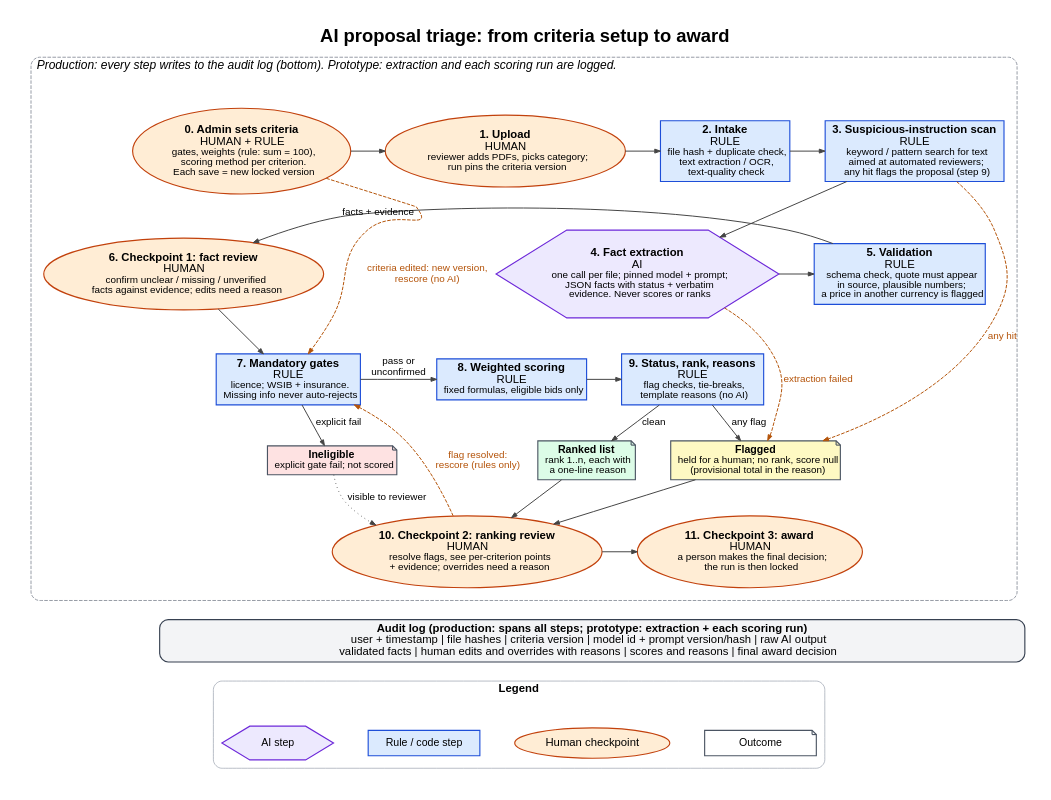
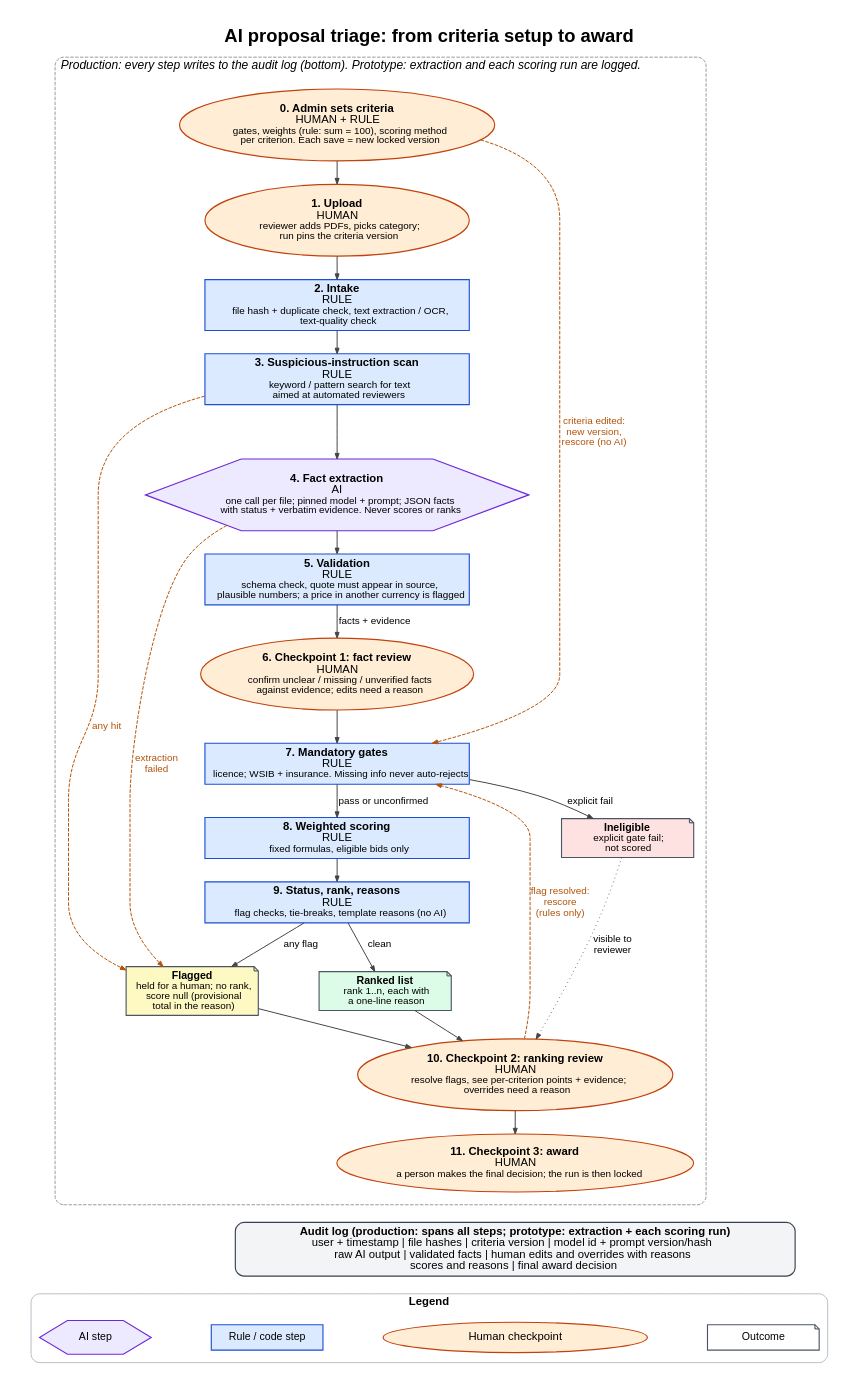
The diagram in prototype/flow.dot (mrehanmajeed/matacs-th-2026-02), drawn with Graphviz before and after one commit. The commit also changed 1 other file, not shown here.

Commit message:
docs: diagram reads top to bottom with labelled routes

```diff
--- a/prototype/flow.dot
+++ b/prototype/flow.dot
@@ -1,86 +1,82 @@
 // Source for diagram/process-flow.png
 // Render: dot -Tpng -Gdpi=110 prototype/flow.dot -o diagram/process-flow.png
 digraph triage {
-  graph [rankdir=TB, fontname="Arial", fontsize=26, nodesep=0.35, ranksep=0.5, pad=0.4, newrank=true,
+  graph [rankdir=TB, fontname="Arial", fontsize=26, nodesep=0.6, ranksep=0.45, pad=0.4, newrank=true,
          label=<<b>AI proposal triage: from criteria setup to award</b>>, labelloc=t];
-  node  [fontname="Arial", fontsize=16, margin="0.14,0.08", penwidth=1.6, style=filled];
+  node  [fontname="Arial", fontsize=16, margin="0.14,0.08", penwidth=1.6, style=filled, width=5.2];
   edge  [fontname="Arial", fontsize=14, penwidth=1.4, color="#444444", arrowsize=0.8];
 
   // Step types: RULE = blue box, AI = purple hexagon, HUMAN = orange oval, outcome = grey note
-  node [shape=box, fillcolor="#DBEAFE", color="#1D4ED8"];
+  node [shape=box, fillcolor="#DBEAFE", color="#1D4ED8", group=main];
 
   subgraph cluster_flow {
-    label=<<i>Production: every step writes to the audit log (bottom). Prototype: extraction and each scoring run are logged.</i>>; labeljust=l; fontsize=17;
-    style="rounded,dashed"; color="#6B7280"; margin=18;
+    label=<<i>Production: every step writes to the audit log (bottom). Prototype: extraction and each scoring run are logged.</i>>;
+    labeljust=l; fontsize=17; style="rounded,dashed"; color="#6B7280"; margin=18;
 
     admin  [shape=ellipse, fillcolor="#FFEDD5", color="#C2410C",
-            label=<<b>0. Admin sets criteria</b><br/>HUMAN + RULE<br/><font point-size="14">gates, weights (rule: sum = 100),<br/>scoring method per criterion.<br/>Each save = new locked version</font>>];
+            label=<<b>0. Admin sets criteria</b><br/>HUMAN + RULE<br/><font point-size="14">gates, weights (rule: sum = 100), scoring method<br/>per criterion. Each save = new locked version</font>>];
     upload [shape=ellipse, fillcolor="#FFEDD5", color="#C2410C",
             label=<<b>1. Upload</b><br/>HUMAN<br/><font point-size="14">reviewer adds PDFs, picks category;<br/>run pins the criteria version</font>>];
-    intake [label=<<b>2. Intake</b><br/>RULE<br/><font point-size="14">file hash + duplicate check,<br/>text extraction / OCR,<br/>text-quality check</font>>];
-    scan   [label=<<b>3. Suspicious-instruction scan</b><br/>RULE<br/><font point-size="14">keyword / pattern search for text<br/>aimed at automated reviewers;<br/>any hit flags the proposal (step 9)</font>>];
-    extract [shape=hexagon, fillcolor="#EDE9FE", color="#6D28D9",
-            margin="0.02,0.02", label=<<b>4. Fact extraction</b><br/>AI<br/><font point-size="14">one call per file; pinned model + prompt;<br/>JSON facts with status + verbatim<br/>evidence. Never scores or ranks</font>>];
-    validate [label=<<b>5. Validation</b><br/>RULE<br/><font point-size="14">schema check, quote must appear<br/>in source, plausible numbers;<br/>a price in another currency is flagged</font>>];
+    intake [label=<<b>2. Intake</b><br/>RULE<br/><font point-size="14">file hash + duplicate check, text extraction / OCR,<br/>text-quality check</font>>];
+    scan   [label=<<b>3. Suspicious-instruction scan</b><br/>RULE<br/><font point-size="14">keyword / pattern search for text<br/>aimed at automated reviewers</font>>];
+    extract [shape=hexagon, fillcolor="#EDE9FE", color="#6D28D9", margin="0.02,0.02",
+            label=<<b>4. Fact extraction</b><br/>AI<br/><font point-size="14">one call per file; pinned model + prompt; JSON facts<br/>with status + verbatim evidence. Never scores or ranks</font>>];
+    validate [label=<<b>5. Validation</b><br/>RULE<br/><font point-size="14">schema check, quote must appear in source,<br/>plausible numbers; a price in another currency is flagged</font>>];
     cp1    [shape=ellipse, fillcolor="#FFEDD5", color="#C2410C",
-            label=<<b>6. Checkpoint 1: fact review</b><br/>HUMAN<br/><font point-size="14">confirm unclear / missing / unverified<br/>facts against evidence; edits need a reason</font>>];
-    gates  [label=<<b>7. Mandatory gates</b><br/>RULE<br/><font point-size="14">licence; WSIB + insurance.<br/>Missing info never auto-rejects</font>>];
+            label=<<b>6. Checkpoint 1: fact review</b><br/>HUMAN<br/><font point-size="14">confirm unclear / missing / unverified facts<br/>against evidence; edits need a reason</font>>];
+    gates  [label=<<b>7. Mandatory gates</b><br/>RULE<br/><font point-size="14">licence; WSIB + insurance. Missing info never auto-rejects</font>>];
     score  [label=<<b>8. Weighted scoring</b><br/>RULE<br/><font point-size="14">fixed formulas, eligible bids only</font>>];
-    status [label=<<b>9. Status, rank, reasons</b><br/>RULE<br/><font point-size="14">flag checks, tie-breaks,<br/>template reasons (no AI)</font>>];
+    status [label=<<b>9. Status, rank, reasons</b><br/>RULE<br/><font point-size="14">flag checks, tie-breaks, template reasons (no AI)</font>>];
     cp2    [shape=ellipse, fillcolor="#FFEDD5", color="#C2410C",
-            label=<<b>10. Checkpoint 2: ranking review</b><br/>HUMAN<br/><font point-size="14">resolve flags, see per-criterion points<br/>+ evidence; overrides need a reason</font>>];
+            label=<<b>10. Checkpoint 2: ranking review</b><br/>HUMAN<br/><font point-size="14">resolve flags, see per-criterion points + evidence;<br/>overrides need a reason</font>>];
     cp3    [shape=ellipse, fillcolor="#FFEDD5", color="#C2410C",
-            label=<<b>11. Checkpoint 3: award</b><br/>HUMAN<br/><font point-size="14">a person makes the final decision;<br/>the run is then locked</font>>];
+            label=<<b>11. Checkpoint 3: award</b><br/>HUMAN<br/><font point-size="14">a person makes the final decision; the run is then locked</font>>];
 
-    node [shape=note, color="#4B5563", fontsize=15];
-    inel   [fillcolor="#FEE2E2", label=<<b>Ineligible</b><br/><font point-size="14">explicit gate fail; not scored</font>>];
+    node [shape=note, color="#4B5563", fontsize=15, width=2.6, group=""];
+    inel   [fillcolor="#FEE2E2", label=<<b>Ineligible</b><br/><font point-size="14">explicit gate fail;<br/>not scored</font>>];
     ranked [fillcolor="#DCFCE7", label=<<b>Ranked list</b><br/><font point-size="14">rank 1..n, each with<br/>a one-line reason</font>>];
-    flag   [fillcolor="#FEF9C3", label=<<b>Flagged</b><br/><font point-size="14">held for a human; no rank, score null<br/>(provisional total in the reason)</font>>];
+    flag   [fillcolor="#FEF9C3", label=<<b>Flagged</b><br/><font point-size="14">held for a human; no rank,<br/>score null (provisional<br/>total in the reason)</font>>];
 
-    // Row 1 (left to right), row 2 (right to left), row 3 outcomes
-    { rank=same; admin; upload; intake; scan; }
-    { rank=same; extract; validate; cp1; }
-    { rank=same; gates; score; status; }
-    { rank=same; inel; ranked; flag; }
-    inel -> ranked -> flag [style=invis];  // fixes left-to-right order of outcomes
-    { rank=same; cp2; cp3; }
+    // Main flow: one column, top to bottom
+    admin -> upload -> intake -> scan -> extract -> validate [weight=10];
+    validate -> cp1 [weight=10, label=" facts + evidence "];
+    cp1 -> gates [weight=10];
+    gates -> score [weight=10, label=" pass or unconfirmed "];
+    score -> status [weight=10];
+    status -> ranked [label=" clean "];
+    status -> flag [label=" any flag "];
+    ranked -> cp2;
+    flag -> cp2;
+    cp2 -> cp3 [weight=10];
+    { rank=same; inel; score; }
+    inel -> score [style=invis];               // Ineligible sits left of scoring
+    { rank=same; ranked; flag; }
+    ranked -> flag [style=invis];              // Ranked left, Flagged right
+    gates -> inel [label=" explicit fail "];
+    inel -> cp2 [style=dotted, label=" visible to\n reviewer "];
 
-    admin -> upload -> intake -> scan -> extract;
-    extract -> validate;
-    validate -> cp1 [label=" facts + evidence "];
-    cp1 -> gates;
-    gates -> score [label=" pass or\n unconfirmed "];
-    score -> status;
-    gates -> inel [label=" explicit fail "];
-    status -> flag [label=" any flag "];
-    status -> ranked [label=" clean "];
-    // Exception and re-run routes (dashed)
+    // Exception and re-run routes (dashed): right side feeds Flagged, left side loops back to the gates
     edge [style=dashed, color="#B45309", fontcolor="#B45309"];
     scan -> flag [label=" any hit "];
-    extract -> flag [label=" extraction failed "];
-    cp2 -> gates [label=" flag resolved:\n rescore (rules only) "];
-    admin -> gates [label=" criteria edited: new version,\n rescore (no AI) "];
-    edge [style=solid, color="#444444", fontcolor="#000000"];
-    flag -> cp2;
-    ranked -> cp2;
-    inel -> cp2 [style=dotted, label=" visible to reviewer "];
-    cp2 -> cp3;
+    extract -> flag [label=" extraction\n failed "];
+    admin -> gates [label=" criteria edited:\n new version,\n rescore (no AI) "];
+    cp2 -> gates [label=" flag resolved:\n rescore\n (rules only) "];
   }
 
-  audit [shape=box, style="filled,rounded", fillcolor="#F3F4F6", color="#374151", fontsize=16, width=17,
-         label=<<b>Audit log (production: spans all steps; prototype: extraction + each scoring run)</b><br/>user + timestamp | file hashes | criteria version | model id + prompt version/hash | raw AI output<br/>validated facts | human edits and overrides with reasons | scores and reasons | final award decision>];
-  cp2 -> audit [style=invis];
+  edge [style=solid, color="#444444"];
+  audit [shape=box, style="filled,rounded", fillcolor="#F3F4F6", color="#374151", fontsize=16, width=11, group="",
+         label=<<b>Audit log (production: spans all steps; prototype: extraction + each scoring run)</b><br/>user + timestamp | file hashes | criteria version | model id + prompt version/hash<br/>raw AI output | validated facts | human edits and overrides with reasons<br/>scores and reasons | final award decision>];
   cp3 -> audit [style=invis];
   audit -> l_human [style=invis];
 
   subgraph cluster_legend {
     label=<<b>Legend</b>>; fontsize=16; style=rounded; color="#9CA3AF"; margin=12;
-    node [fontsize=15, width=2.2];
+    node [fontsize=15, width=2.2, group=""];
     l_ai    [shape=hexagon, fillcolor="#EDE9FE", color="#6D28D9", label="AI step"];
     l_rule  [shape=box, fillcolor="#DBEAFE", color="#1D4ED8", label="Rule / code step"];
     l_human [shape=ellipse, fillcolor="#FFEDD5", color="#C2410C", label="Human checkpoint"];
     l_out   [shape=note, fillcolor="#FFFFFF", color="#4B5563", label="Outcome"];
     l_ai -> l_rule -> l_human -> l_out [style=invis];
   }
   { rank=same; l_ai; l_rule; l_human; l_out; }
 }
```
